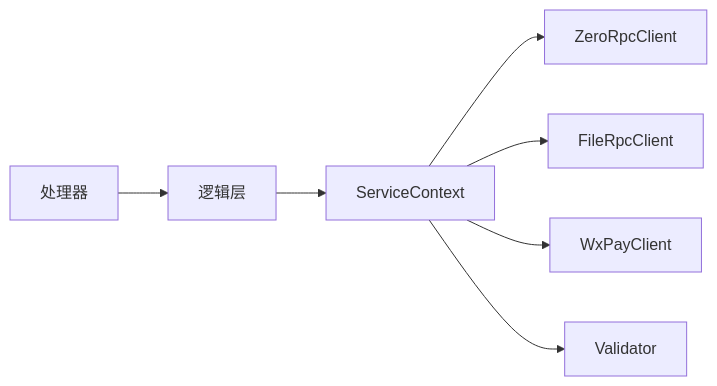
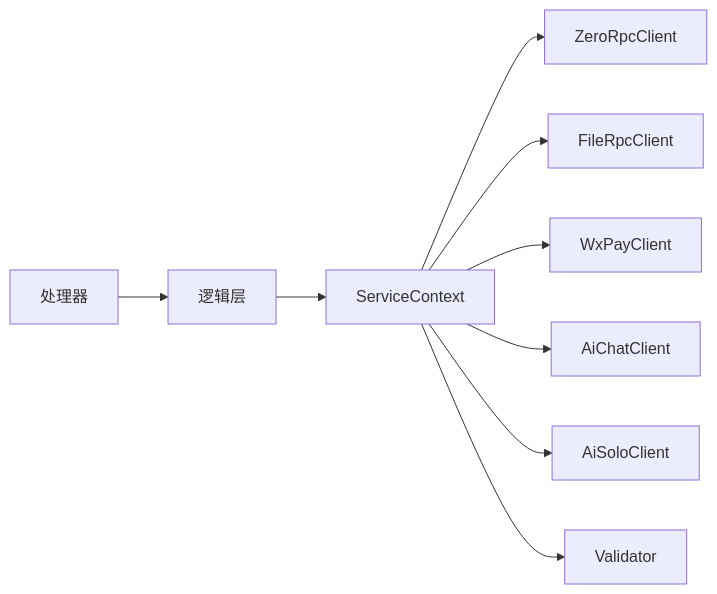
One commit to maomao94/zero-service changed the eighth of 8 diagrams in .qoder/repowiki/zh/content/网关与接口/BFF网关/BFF网关.md. Above: the diagram before and after it, drawn with Mermaid. The commit also changed other lines of this file and 58 other files, not shown here.

````diff
--- a/.qoder/repowiki/zh/content/网关与接口/BFF网关/BFF网关.md
+++ b/.qoder/repowiki/zh/content/网关与接口/BFF网关/BFF网关.md
@@ -328,9 +588,11 @@
 ```mermaid
 graph LR
 Handler["处理器"] --> Logic["逻辑层"]
 Logic --> Ctx["ServiceContext"]
 Ctx --> ZRPC["ZeroRpcClient"]
 Ctx --> FRPC["FileRpcClient"]
 Ctx --> WX["WxPayClient"]
+Ctx --> AICHAT["AiChatClient"]
+Ctx --> AISOLO["AiSoloClient"]
 Ctx --> Val["Validator"]
 ```
````
